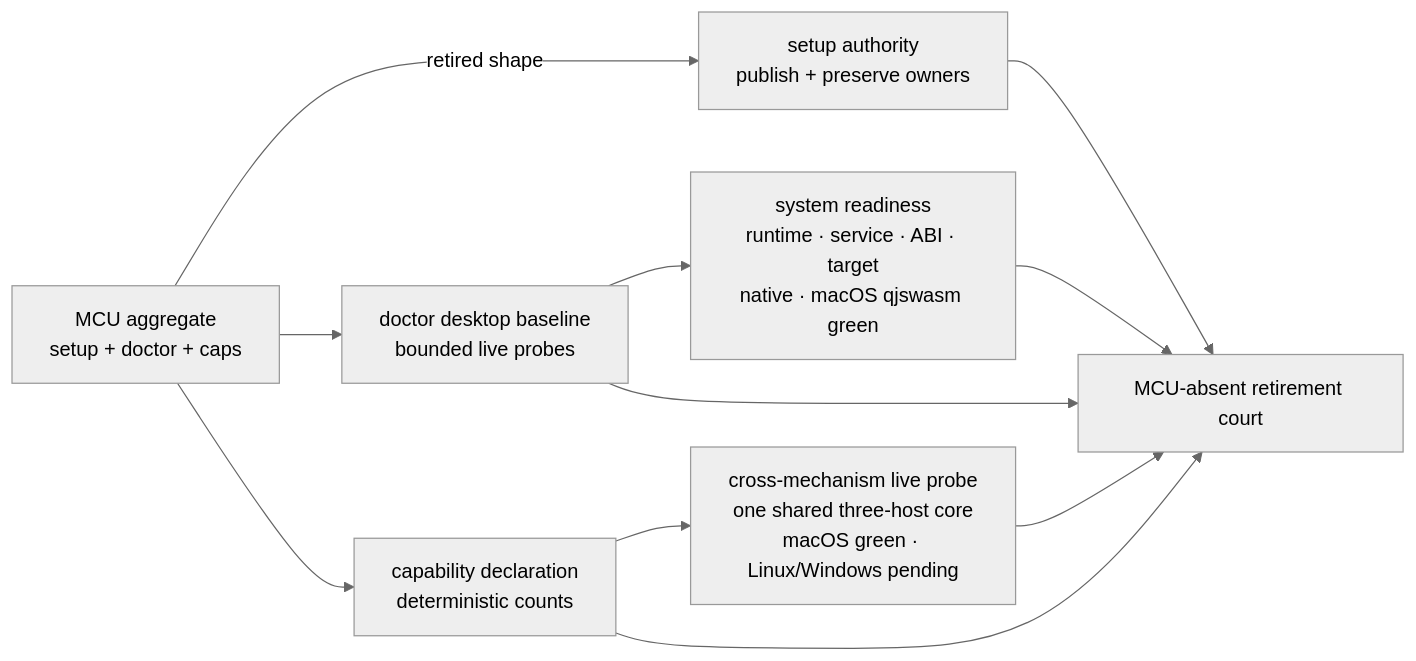
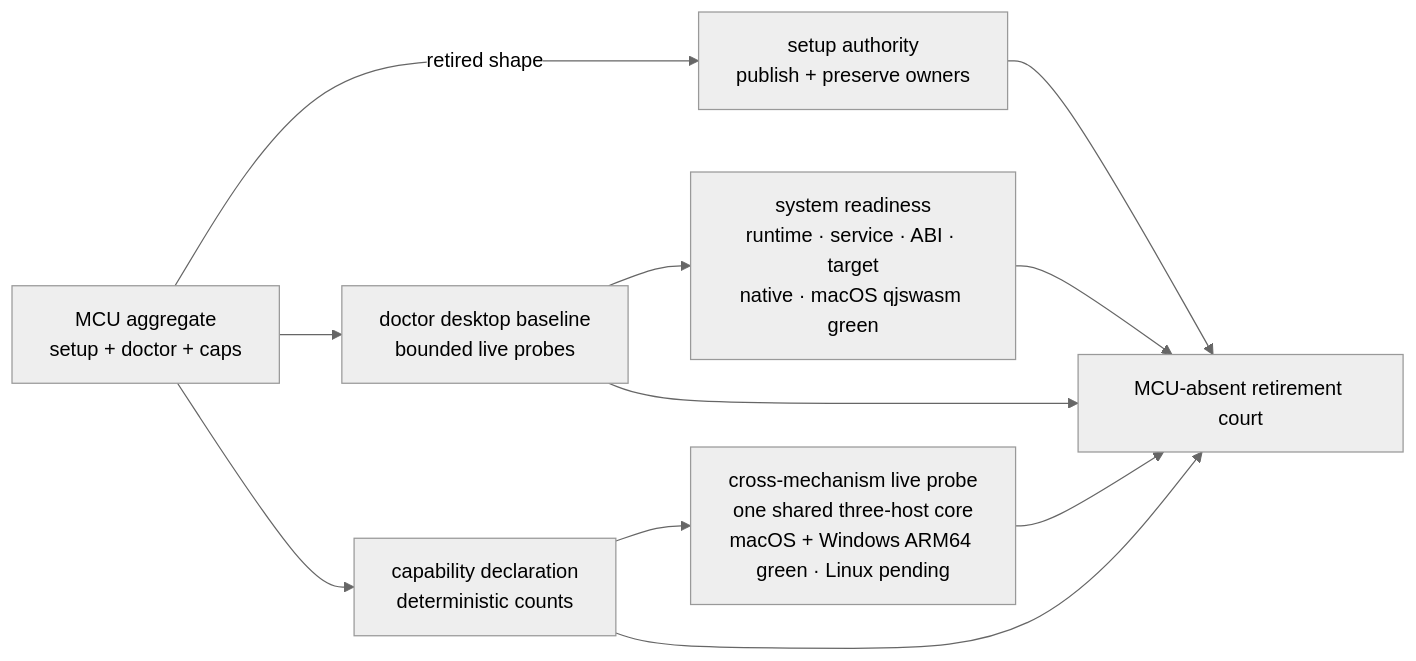
Before and after one commit to partnernetsoftware/agenterm: diagram 11 of 17 in prd/PRD_02_28_agenterm_cu.md, drawn with Mermaid (neutral theme). The commit also changed other lines of this file and 3 other files, not shown here.

````diff
--- a/prd/PRD_02_28_agenterm_cu.md
+++ b/prd/PRD_02_28_agenterm_cu.md
@@ -912,9 +913,9 @@
 ```mermaid
 flowchart LR
   OLD["MCU aggregate<br/>setup + doctor + caps"] -->|retired shape| SET["setup authority<br/>publish + preserve owners"]
   OLD --> BASE["doctor desktop baseline<br/>bounded live probes"]
   OLD --> DECL["capability declaration<br/>deterministic counts"]
   BASE --> SYS["system readiness<br/>runtime · service · ABI · target<br/>native · macOS qjswasm green"]
-  DECL --> LIVE["cross-mechanism live probe<br/>one shared three-host core<br/>macOS green · Linux/Windows pending"]
+  DECL --> LIVE["cross-mechanism live probe<br/>one shared three-host core<br/>macOS + Windows ARM64 green · Linux pending"]
   SET & BASE & DECL & SYS & LIVE --> RET["MCU-absent retirement court"]
 ```
````
